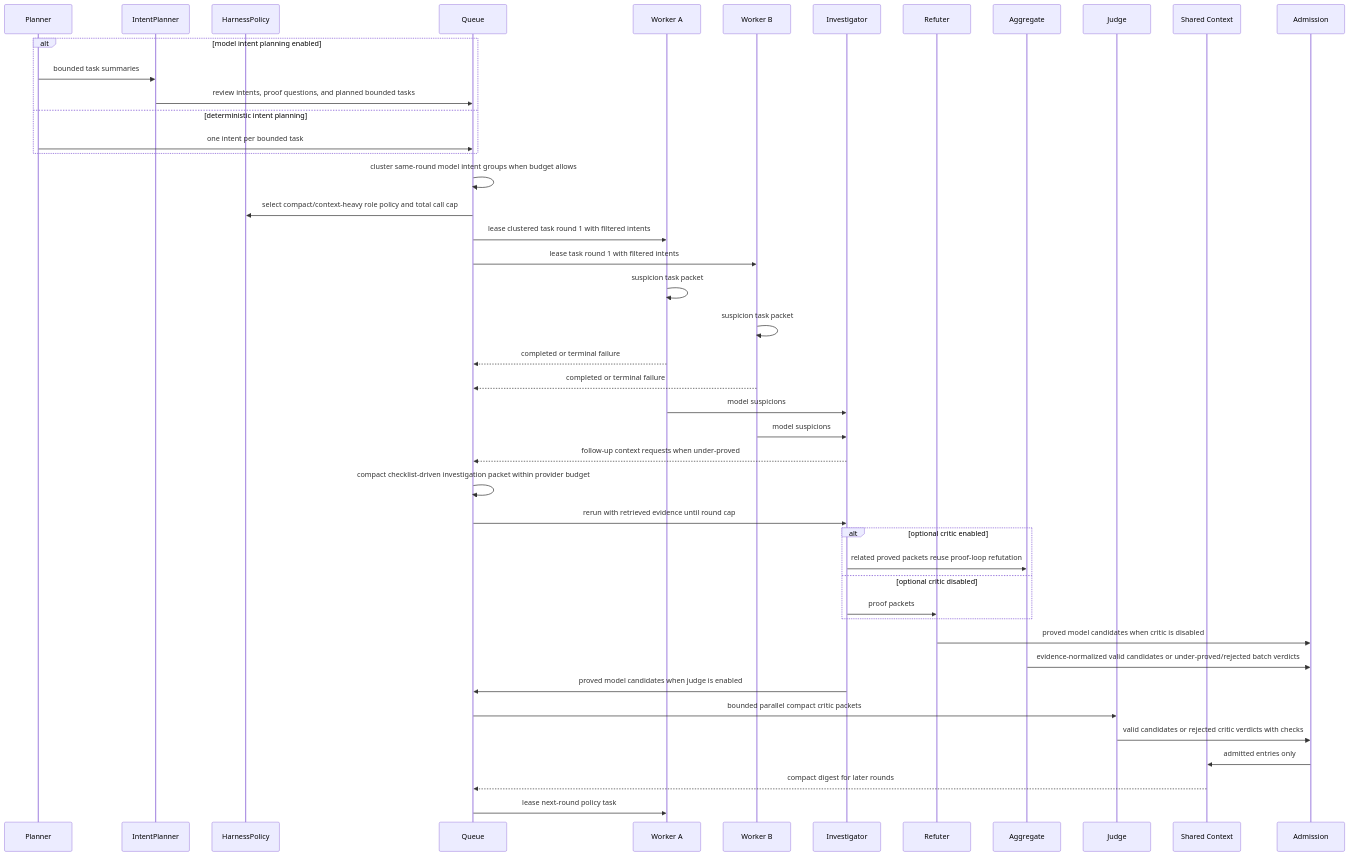
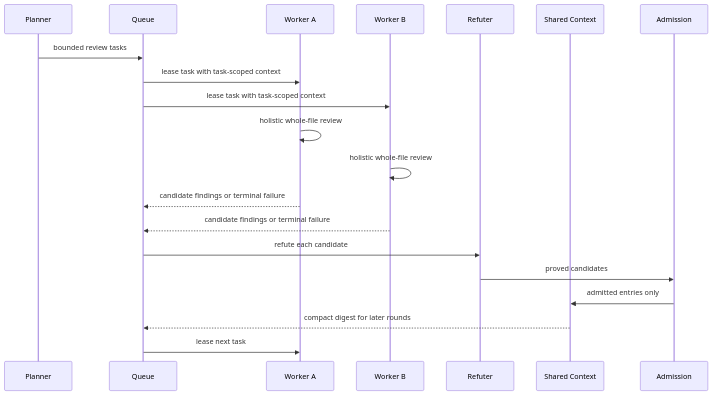
One commit to sebastianwessel/codereviewer changed the third of 3 diagrams in docs/concepts/review-modes-and-flows.md. Above: the diagram before and after it, drawn with Mermaid. The commit also changed other lines of this file and 26 other files, not shown here.

````diff
--- a/docs/concepts/review-modes-and-flows.md
+++ b/docs/concepts/review-modes-and-flows.md
@@ -228,48 +168,23 @@
 ```mermaid
 sequenceDiagram
   participant Planner
-  participant IntentPlanner
-  participant HarnessPolicy
   participant Queue
   participant WorkerA as Worker A
   participant WorkerB as Worker B
-  participant Investigator
   participant Refuter
-  participant Aggregate
-  participant Judge
   participant Shared as Shared Context
   participant Admission
 
-  alt model intent planning enabled
-    Planner->>IntentPlanner: bounded task summaries
-    IntentPlanner->>Queue: review intents, proof questions, and planned bounded tasks
-  else deterministic intent planning
-    Planner->>Queue: one intent per bounded task
-  end
-  Queue->>Queue: cluster same-round model intent groups when budget allows
-  Queue->>HarnessPolicy: select compact/context-heavy role policy and total call cap
-  Queue->>WorkerA: lease clustered task round 1 with filtered intents
-  Queue->>WorkerB: lease task round 1 with filtered intents
-  WorkerA->>WorkerA: suspicion task packet
-  WorkerB->>WorkerB: suspicion task packet
-  WorkerA-->>Queue: completed or terminal failure
-  WorkerB-->>Queue: completed or terminal failure
-  WorkerA->>Investigator: model suspicions
-  WorkerB->>Investigator: model suspicions
-  Investigator-->>Queue: follow-up context requests when under-proved
-  Queue->>Queue: compact checklist-driven investigation packet within provider budget
-  Queue->>Investigator: rerun with retrieved evidence until round cap
-  alt optional critic enabled
-    Investigator->>Aggregate: related proved packets reuse proof-loop refutation
-  else optional critic disabled
-    Investigator->>Refuter: proof packets
-  end
-  Refuter->>Admission: proved model candidates when critic is disabled
-  Aggregate->>Admission: evidence-normalized valid candidates or under-proved/rejected batch verdicts
-  Investigator->>Queue: proved model candidates when judge is enabled
-  Queue->>Judge: bounded parallel compact critic packets
-  Judge->>Admission: valid candidates or rejected critic verdicts with checks
+  Planner->>Queue: bounded review tasks
+  Queue->>WorkerA: lease task with task-scoped context
+  Queue->>WorkerB: lease task with task-scoped context
+  WorkerA->>WorkerA: holistic whole-file review
+  WorkerB->>WorkerB: holistic whole-file review
+  WorkerA-->>Queue: candidate findings or terminal failure
+  WorkerB-->>Queue: candidate findings or terminal failure
+  Queue->>Refuter: refute each candidate
+  Refuter->>Admission: proved candidates
   Admission->>Shared: admitted entries only
   Shared-->>Queue: compact digest for later rounds
-  Queue->>WorkerA: lease next-round policy task
+  Queue->>WorkerA: lease next task
 ```
````
